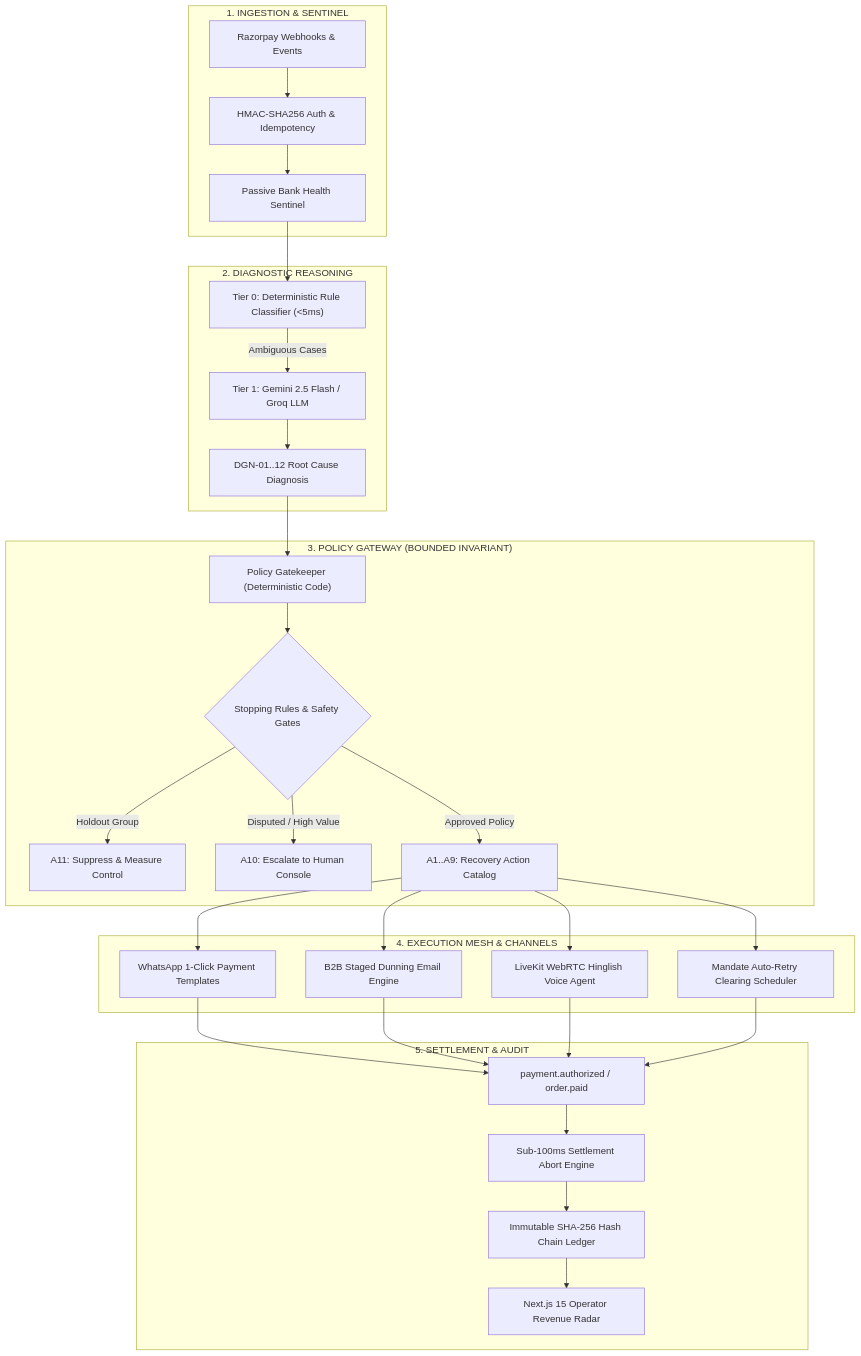
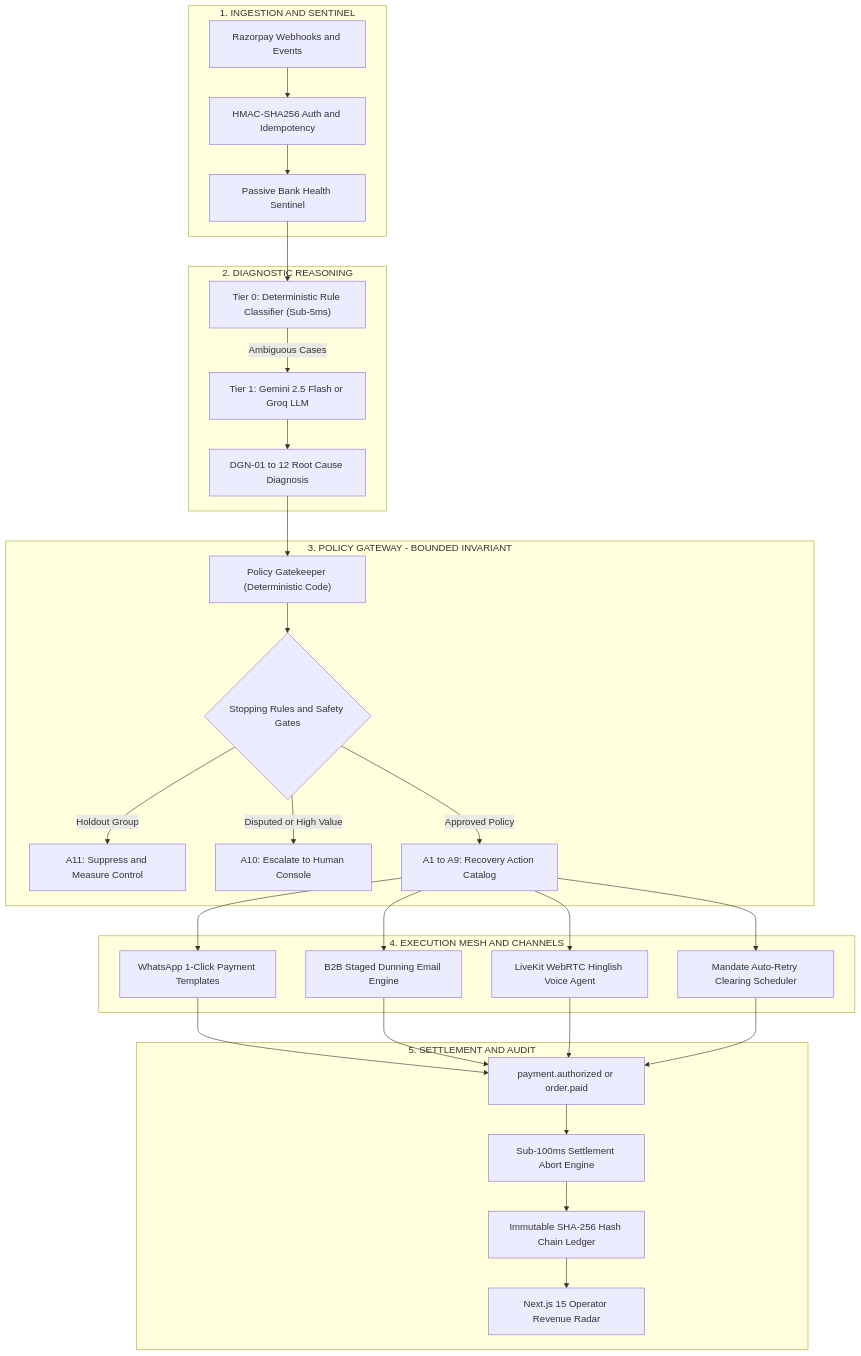
The diagram in README.md (Adityaraj1969/Razorpay-Revenue-Recovery), drawn with Mermaid before and after one commit. The commit also changed 1 other file, not shown here.

Commit message:
fix(docs): resolve GitHub Mermaid diagram syntax errors for seamless rendering

````diff
--- a/README.md
+++ b/README.md
@@ -54,39 +54,39 @@
 ```mermaid
 flowchart TD
-    subgraph Ingestion ["1. INGESTION & SENTINEL"]
-        A["Razorpay Webhooks & Events"] --> B["HMAC-SHA256 Auth & Idempotency"]
+    subgraph Ingestion ["1. INGESTION AND SENTINEL"]
+        A["Razorpay Webhooks and Events"] --> B["HMAC-SHA256 Auth and Idempotency"]
         B --> C["Passive Bank Health Sentinel"]
     end
 
     subgraph Intelligence ["2. DIAGNOSTIC REASONING"]
-        C --> D["Tier 0: Deterministic Rule Classifier (&lt;5ms)"]
-        D -->|Ambiguous Cases| E["Tier 1: Gemini 2.5 Flash / Groq LLM"]
-        E --> F["DGN-01..12 Root Cause Diagnosis"]
+        C --> D["Tier 0: Deterministic Rule Classifier (Sub-5ms)"]
+        D -->|Ambiguous Cases| E["Tier 1: Gemini 2.5 Flash or Groq LLM"]
+        E --> F["DGN-01 to 12 Root Cause Diagnosis"]
     end
 
-    subgraph Governance ["3. POLICY GATEWAY (BOUNDED INVARIANT)"]
+    subgraph Governance ["3. POLICY GATEWAY - BOUNDED INVARIANT"]
         F --> G["Policy Gatekeeper (Deterministic Code)"]
-        G --> H{"Stopping Rules & Safety Gates"}
-        H -->|Holdout Group| I["A11: Suppress & Measure Control"]
-        H -->|Disputed / High Value| J["A10: Escalate to Human Console"]
-        H -->|Approved Policy| K["A1..A9: Recovery Action Catalog"]
+        G --> H{"Stopping Rules and Safety Gates"}
+        H -->|Holdout Group| I["A11: Suppress and Measure Control"]
+        H -->|Disputed or High Value| J["A10: Escalate to Human Console"]
+        H -->|Approved Policy| K["A1 to A9: Recovery Action Catalog"]
     end
 
-    subgraph Mesh ["4. EXECUTION MESH & CHANNELS"]
+    subgraph Mesh ["4. EXECUTION MESH AND CHANNELS"]
         K --> L["WhatsApp 1-Click Payment Templates"]
         K --> M["B2B Staged Dunning Email Engine"]
         K --> N["LiveKit WebRTC Hinglish Voice Agent"]
         K --> O["Mandate Auto-Retry Clearing Scheduler"]
     end
 
-    subgraph Verification ["5. SETTLEMENT & AUDIT"]
-        P["payment.authorized / order.paid"] --> Q["Sub-100ms Settlement Abort Engine"]
+    subgraph Verification ["5. SETTLEMENT AND AUDIT"]
+        P["payment.authorized or order.paid"] --> Q["Sub-100ms Settlement Abort Engine"]
         Q --> R["Immutable SHA-256 Hash Chain Ledger"]
         R --> S["Next.js 15 Operator Revenue Radar"]
     end
 
     L --> P
     M --> P
     N --> P
     O --> P
 ```
````
